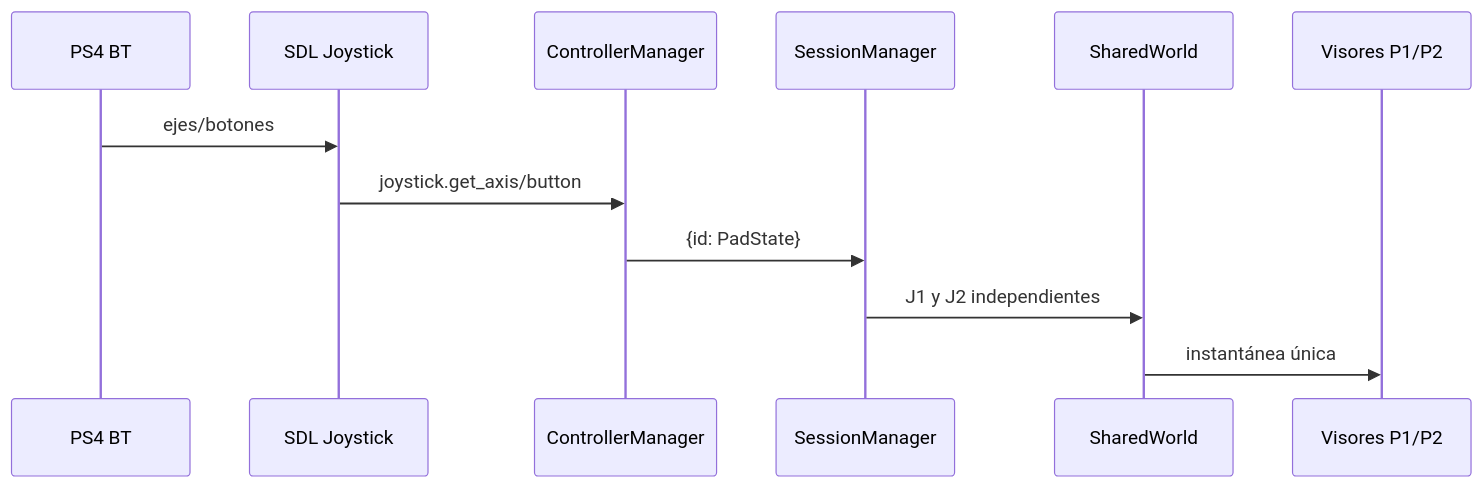
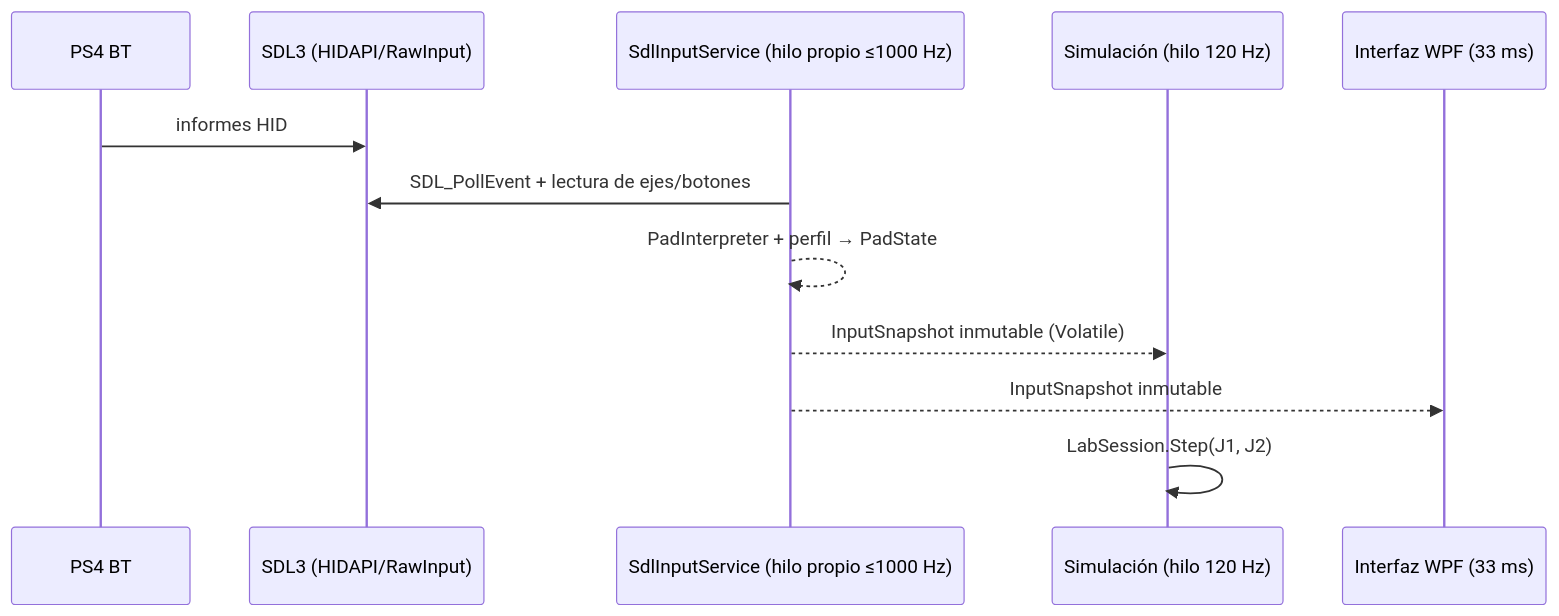
The diagram in docs/04-CONTROLES.md (FaberGomezDev/SplitForge), drawn with Mermaid before and after one commit. The commit also changed other lines of this file and 31 other files, not shown here.

````diff
--- a/docs/04-CONTROLES.md
+++ b/docs/04-CONTROLES.md
@@ -13,14 +11,14 @@
 ```mermaid
 sequenceDiagram
     participant P as PS4 BT
-    participant S as SDL Joystick
-    participant C as ControllerManager
-    participant M as SessionManager
-    participant W as SharedWorld
-    participant V as Visores P1/P2
-    P->>S: ejes/botones
-    S->>C: joystick.get_axis/button
-    C->>M: {id: PadState}
-    M->>W: J1 y J2 independientes
-    W->>V: instantánea única
+    participant S as SDL3 (HIDAPI/RawInput)
+    participant I as SdlInputService (hilo propio ≤1000 Hz)
+    participant L as Simulación (hilo 120 Hz)
+    participant U as Interfaz WPF (33 ms)
+    P->>S: informes HID
+    I->>S: SDL_PollEvent + lectura de ejes/botones
+    I-->>I: PadInterpreter + perfil → PadState
+    I-->>L: InputSnapshot inmutable (Volatile)
+    I-->>U: InputSnapshot inmutable
+    L->>L: LabSession.Step(J1, J2)
 ```
````
